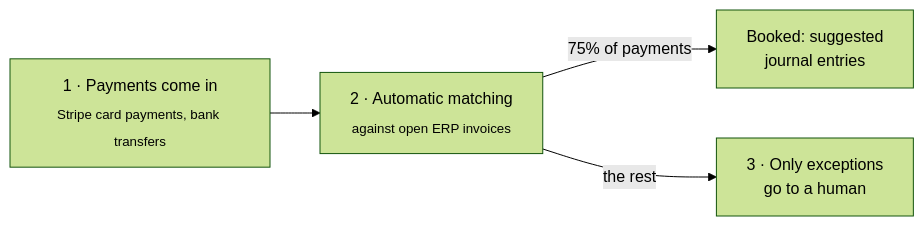
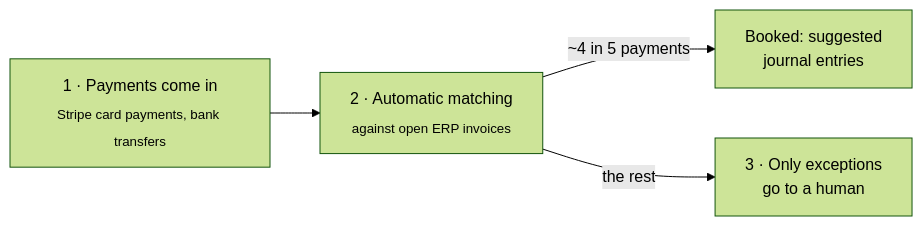
One commit to janpaulreckling/cash-reconciliation-engine changed the first of 2 diagrams in README.md. Above: the diagram before and after it, drawn with Mermaid (forest theme). The commit also changed other lines of this file and 13 other files, not shown here.

````diff
--- a/README.md
+++ b/README.md
@@ -12,6 +15,6 @@
 ```mermaid
 flowchart LR
     A["1 · Payments come in<br/><sub>Stripe card payments, bank transfers</sub>"] --> B["2 · Automatic matching<br/><sub>against open ERP invoices</sub>"]
-    B -->|"75% of payments"| C["Booked: suggested<br/>journal entries"]
+    B -->|"~4 in 5 payments"| C["Booked: suggested<br/>journal entries"]
     B -->|"the rest"| D["3 · Only exceptions<br/>go to a human"]
 ```
````
